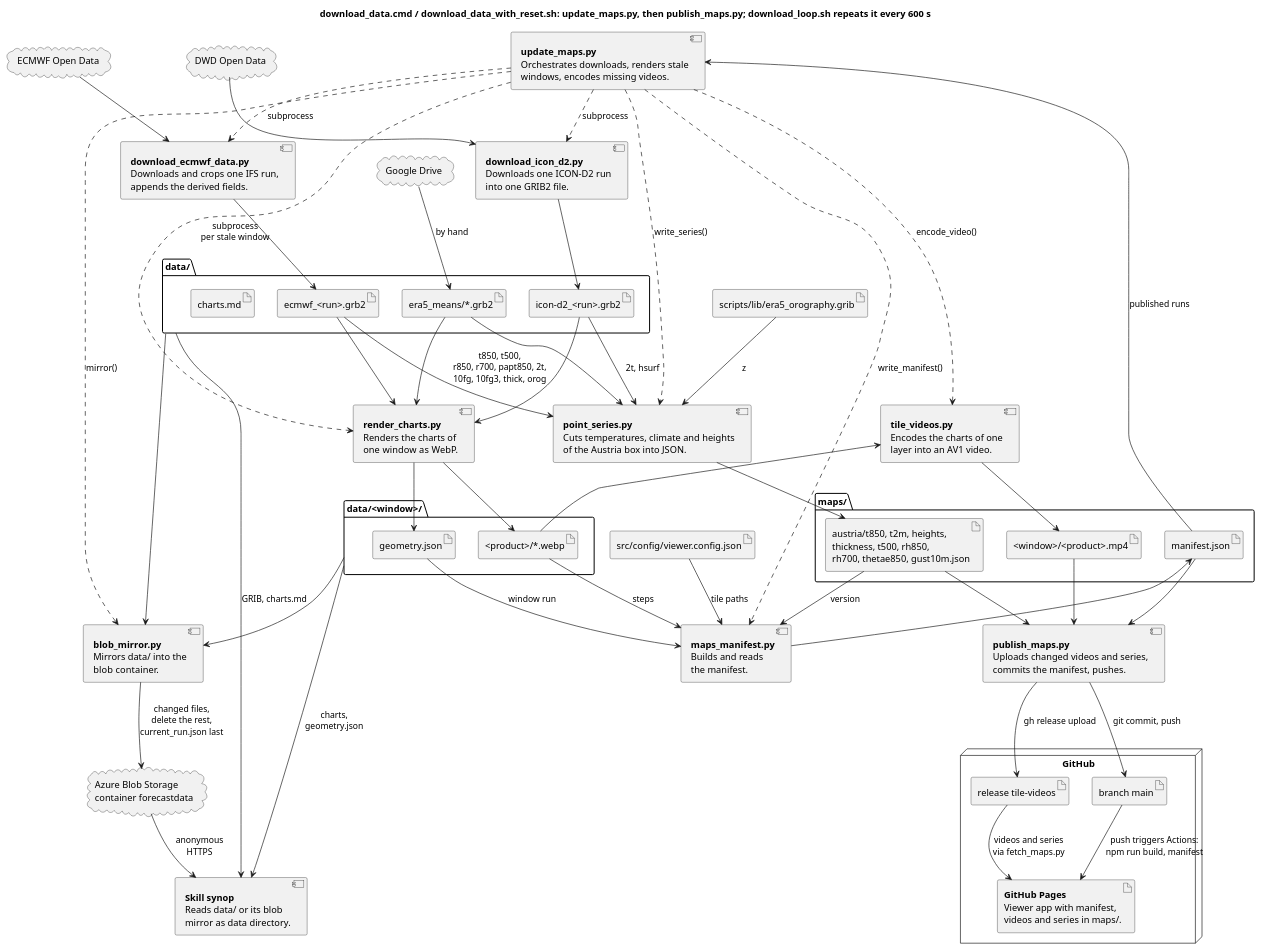
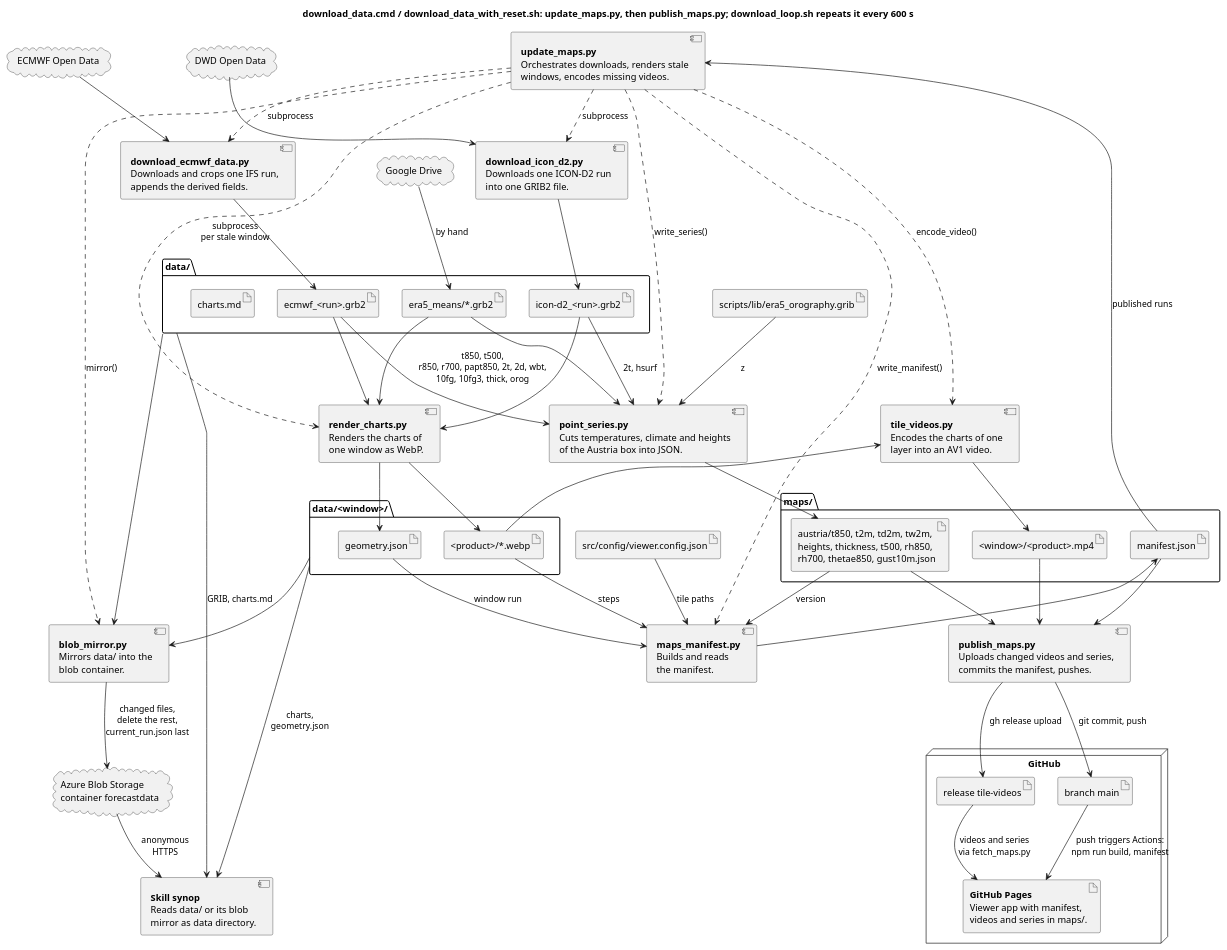
The first of 5 diagrams in REFERENCE.scripts.md (schletz/wetterkartenviewer), drawn with PlantUML before and after one commit. The commit also changed other lines of this file and 25 other files, not shown here.

```diff
--- a/REFERENCE.scripts.md
+++ b/REFERENCE.scripts.md
@@ -98,7 +98,7 @@
 }
 folder "maps/" {
  artifact "<window>/<product>.mp4" as videos
- artifact "austria/t850, t2m, heights,\nthickness, t500, rh850,\nrh700, thetae850, gust10m.json" as series
+ artifact "austria/t850, t2m, td2m, tw2m,\nheights, thickness, t500, rh850,\nrh700, thetae850, gust10m.json" as series
  artifact "manifest.json" as manifest
 }
 artifact "src/config/viewer.config.json" as config
@@ -131,7 +131,7 @@
 render_charts --> geometry
 charts --> tile_videos
 tile_videos --> videos
-ecmwf_grib --> point_series : t850, t500,\nr850, r700, papt850, 2t,\n10fg, 10fg3, thick, orog
+ecmwf_grib --> point_series : t850, t500,\nr850, r700, papt850, 2t, 2d, wbt,\n10fg, 10fg3, thick, orog
 icon_grib --> point_series : 2t, hsurf
 era5 --> point_series
 era5_orog --> point_series : z
```
